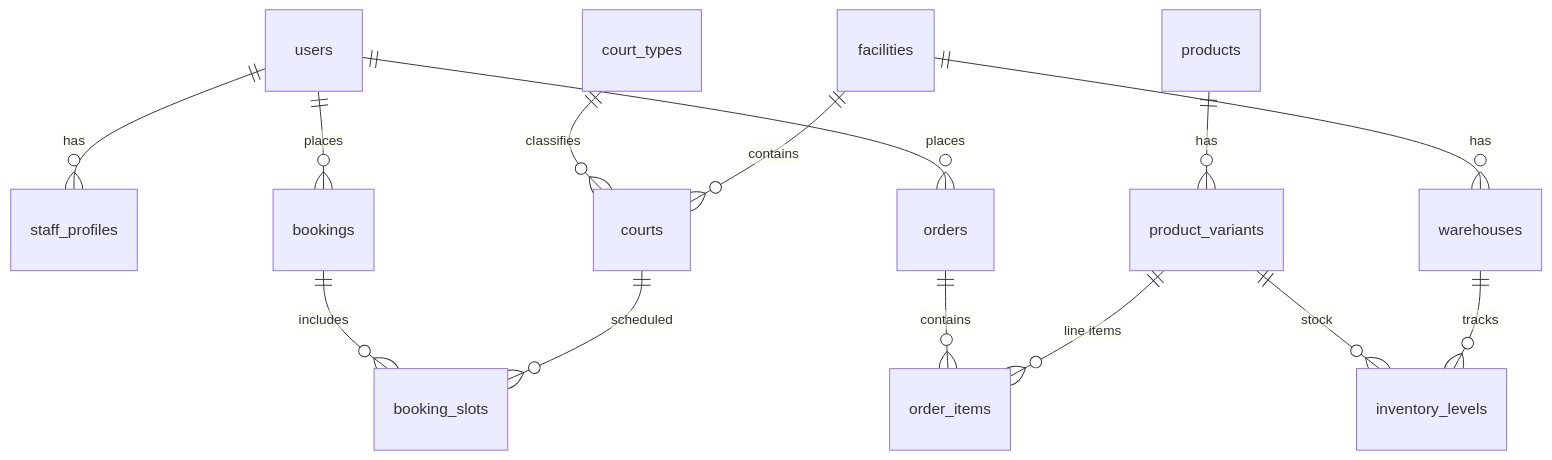
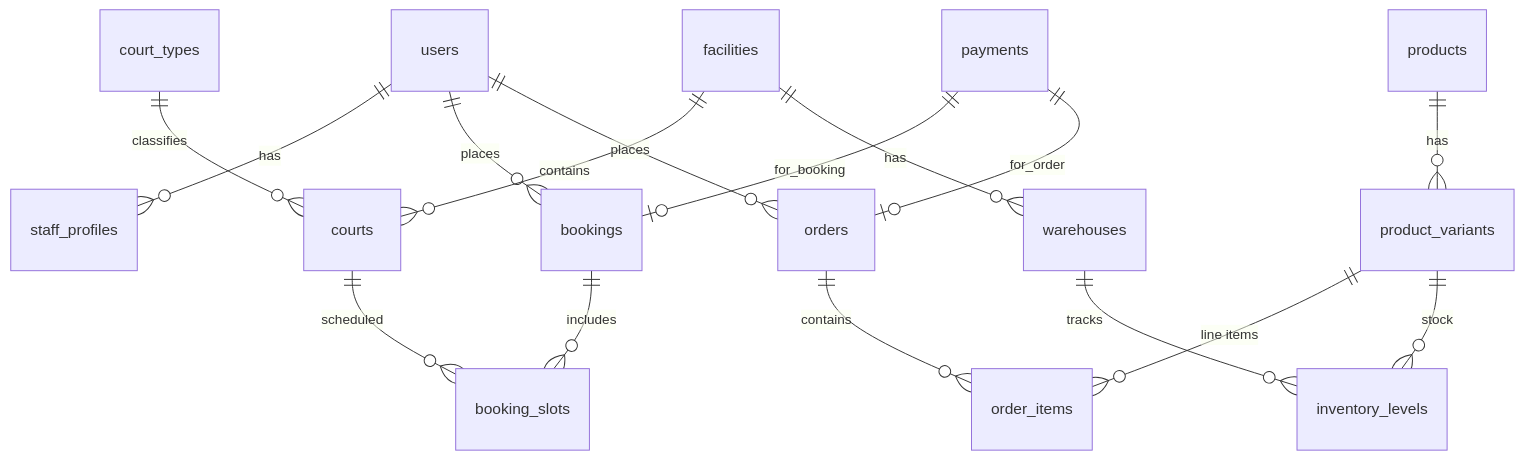
One commit to nguyensykimbang321-arch/CauLong changed the diagram in docs/DATA_MODEL.md. Above: the diagram before and after it, drawn with Mermaid. The commit also changed other lines of this file and 6 other files, not shown here.

````diff
--- a/docs/DATA_MODEL.md
+++ b/docs/DATA_MODEL.md
@@ -5,16 +5,18 @@
 ```mermaid
 erDiagram
   users ||--o{ staff_profiles : has
   users ||--o{ bookings : places
   users ||--o{ orders : places
   facilities ||--o{ courts : contains
   facilities ||--o{ warehouses : has
   court_types ||--o{ courts : classifies
   courts ||--o{ booking_slots : scheduled
   bookings ||--o{ booking_slots : includes
   products ||--o{ product_variants : has
   product_variants ||--o{ order_items : "line items"
   orders ||--o{ order_items : contains
+  payments ||--o| bookings : for_booking
+  payments ||--o| orders : for_order
   warehouses ||--o{ inventory_levels : tracks
   product_variants ||--o{ inventory_levels : stock
 ```
````
